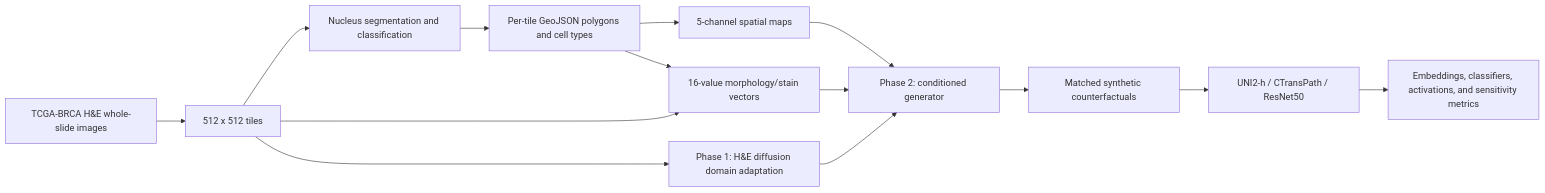
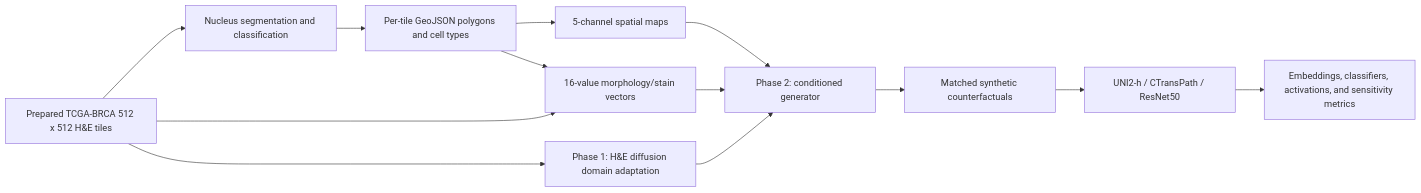
Before and after one commit to a12dongithub/PathOGen: the first of 2 diagrams in docs/architecture/system.md, drawn with Mermaid. The commit also changed other lines of this file and 92 other files, not shown here.

````diff
--- a/docs/architecture/system.md
+++ b/docs/architecture/system.md
@@ -5,16 +5,16 @@
 ```mermaid
 flowchart LR
-    A["TCGA-BRCA H&E whole-slide images"] --> B["512 x 512 tiles"]
+    B["Prepared TCGA-BRCA 512 x 512 H&E tiles"]
     B --> C["Nucleus segmentation and classification"]
     C --> D["Per-tile GeoJSON polygons and cell types"]
     D --> E["5-channel spatial maps"]
     B --> F["16-value morphology/stain vectors"]
     D --> F
     B --> G["Phase 1: H&E diffusion domain adaptation"]
     G --> H["Phase 2: conditioned generator"]
     E --> H
     F --> H
     H --> I["Matched synthetic counterfactuals"]
     I --> J["UNI2-h / CTransPath / ResNet50"]
     J --> K["Embeddings, classifiers, activations, and sensitivity metrics"]
 ```
````
